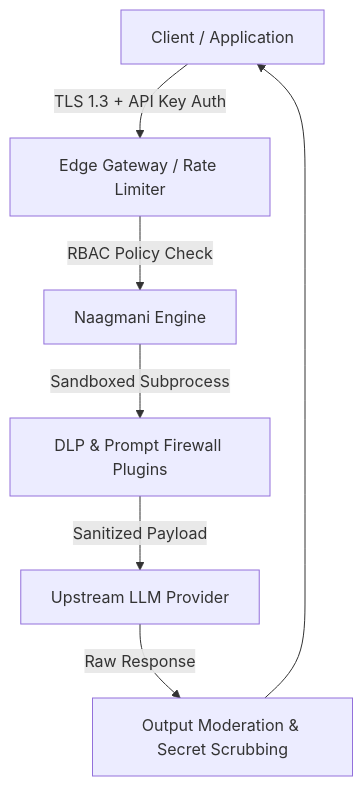
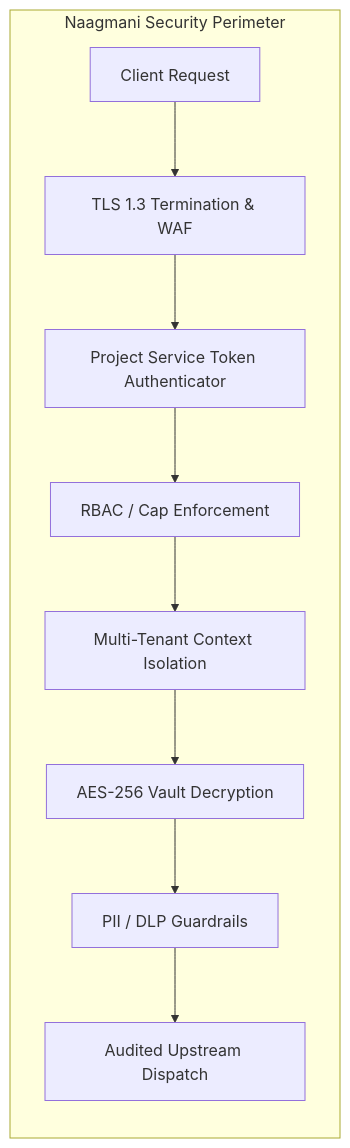
The diagram in docs/security/overview.md (bhakha-services/naagmani-docs), drawn with Mermaid before and after one commit. The commit also changed other lines of this file and 105 other files, not shown here.

````diff
--- a/docs/security/overview.md
+++ b/docs/security/overview.md
@@ -9,9 +5,13 @@
 ```mermaid
-graph TD
-    Client[Client / Application] -->|TLS 1.3 + API Key Auth| Edge[Edge Gateway / Rate Limiter]
-    Edge -->|RBAC Policy Check| Core[Naagmani Engine]
-    Core -->|Sandboxed Subprocess| Guardrails[DLP & Prompt Firewall Plugins]
-    Guardrails -->|Sanitized Payload| Upstream[Upstream LLM Provider]
-    Upstream -->|Raw Response| OutputChecks[Output Moderation & Secret Scrubbing]
-    OutputChecks --> Client
+flowchart TD
+    subgraph SecurityPerimeter ["Naagmani Security Perimeter"]
+        direction TB
+        A[Client Request] --> B[TLS 1.3 Termination & WAF]
+        B --> C[Project Service Token Authenticator]
+        C --> D[RBAC / Cap Enforcement]
+        D --> E[Multi-Tenant Context Isolation]
+        E --> F[AES-256 Vault Decryption]
+        F --> G[PII / DLP Guardrails]
+        G --> H[Audited Upstream Dispatch]
+    end
 ```
````
